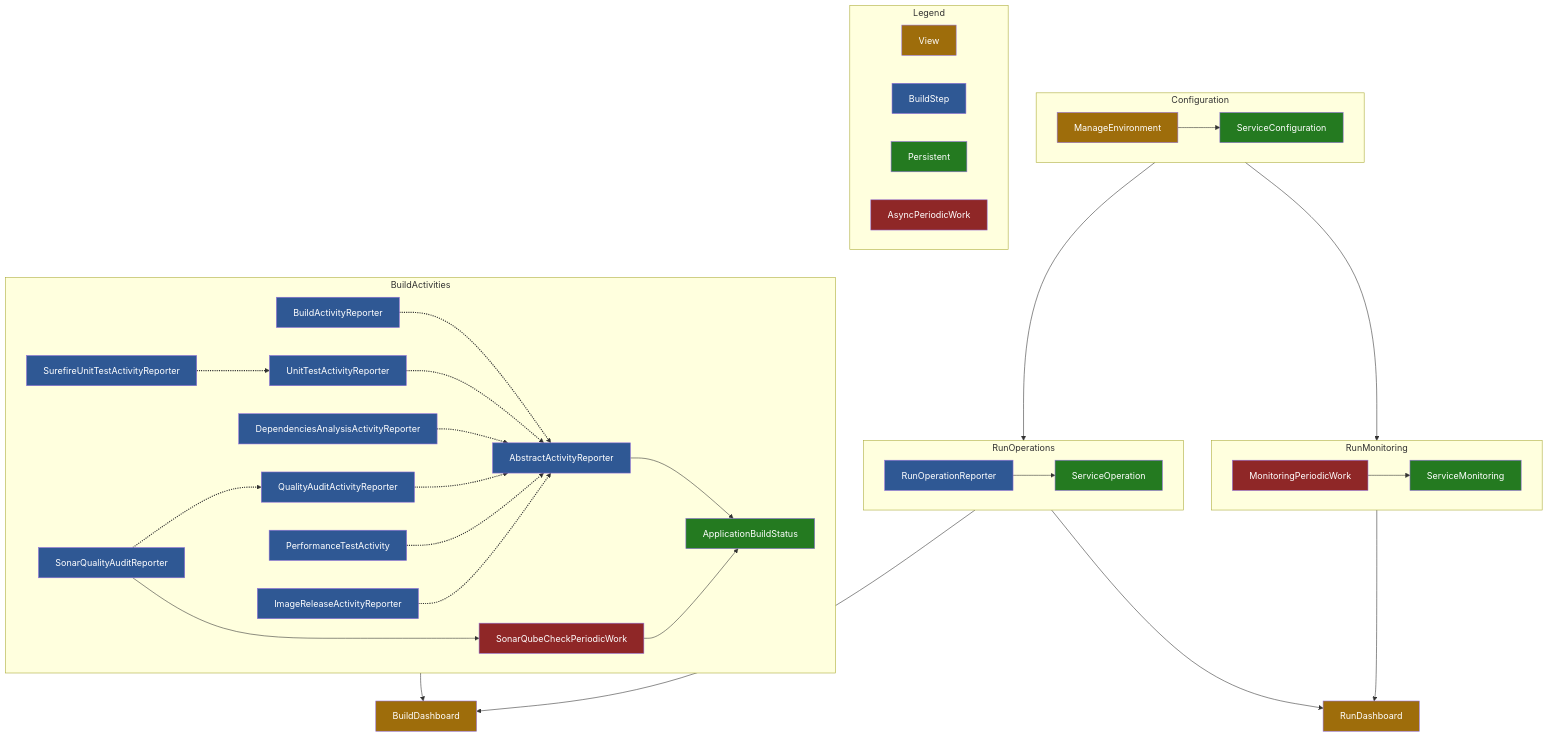
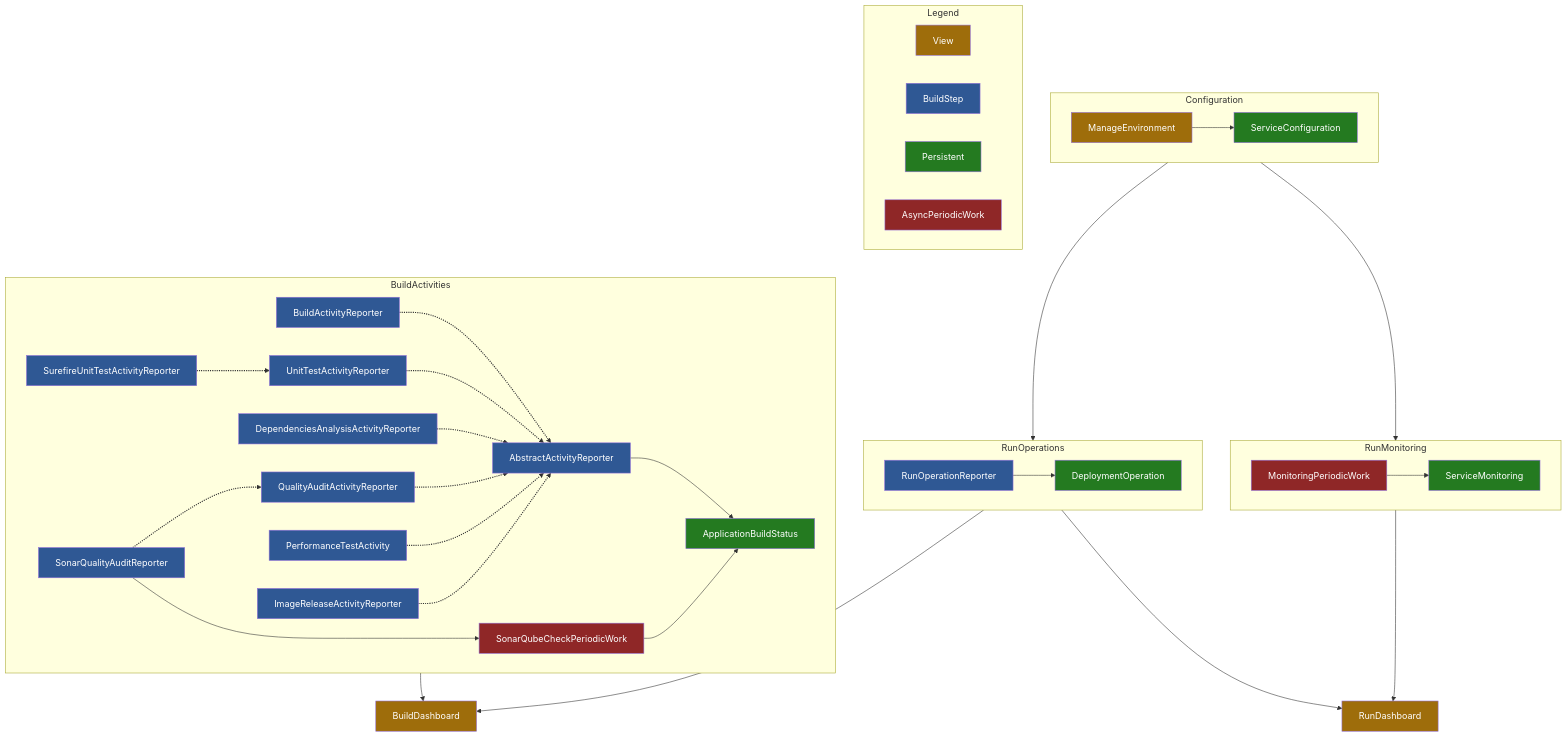
Before and after one commit to jenkinsci/devops-portal-plugin: the diagram in README.md, drawn with Mermaid.

````diff
--- a/README.md
+++ b/README.md
@@ -377,49 +377,49 @@
 ```mermaid
 flowchart TD
 
     subgraph Configuration
     ManageEnvironment:::view --> ServiceConfiguration:::entity
     end
     
     subgraph Legend
     View:::view
     BuildStep:::reporter
     Persistent:::entity
     AsyncPeriodicWork:::worker
     end
     
     subgraph RunOperations
-    RunOperationReporter:::reporter --> ServiceOperation:::entity
+    RunOperationReporter:::reporter --> DeploymentOperation:::entity
     end
     
     subgraph RunMonitoring
     MonitoringPeriodicWork:::worker --> ServiceMonitoring:::entity
     end
     
     subgraph BuildActivities
     BuildActivityReporter:::reporter -.-> AbstractActivityReporter:::reporter
     UnitTestActivityReporter:::reporter -.-> AbstractActivityReporter:::reporter
     SurefireUnitTestActivityReporter:::reporter -.-> UnitTestActivityReporter:::reporter
     DependenciesAnalysisActivityReporter:::reporter -.-> AbstractActivityReporter:::reporter
     QualityAuditActivityReporter:::reporter -.-> AbstractActivityReporter:::reporter
     SonarQualityAuditReporter:::reporter -.-> QualityAuditActivityReporter:::reporter
     PerformanceTestActivity:::reporter -.-> AbstractActivityReporter:::reporter
     ImageReleaseActivityReporter:::reporter -.-> AbstractActivityReporter:::reporter
     AbstractActivityReporter:::reporter --> ApplicationBuildStatus:::entity
     SonarQualityAuditReporter:::reporter --> SonarQubeCheckPeriodicWork:::worker
     SonarQubeCheckPeriodicWork:::worker --> ApplicationBuildStatus:::entity
     end
     
     Configuration --> RunOperations
     Configuration --> RunMonitoring
     RunOperations --> RunDashboard:::view
     RunMonitoring --> RunDashboard:::view
     BuildActivities --> BuildDashboard:::view
     RunOperations --> BuildDashboard:::view
     
     classDef view fill:#9e6d0b,color:#fff
     classDef reporter fill:#2f5894,color:#fff
     classDef entity fill:#247a20,color:#fff
     classDef worker fill:#8f2727,color:#fff
     linkStyle 3,4,5,6,7,8,9,10 stroke-width:2px,fill:none
 ```
````
